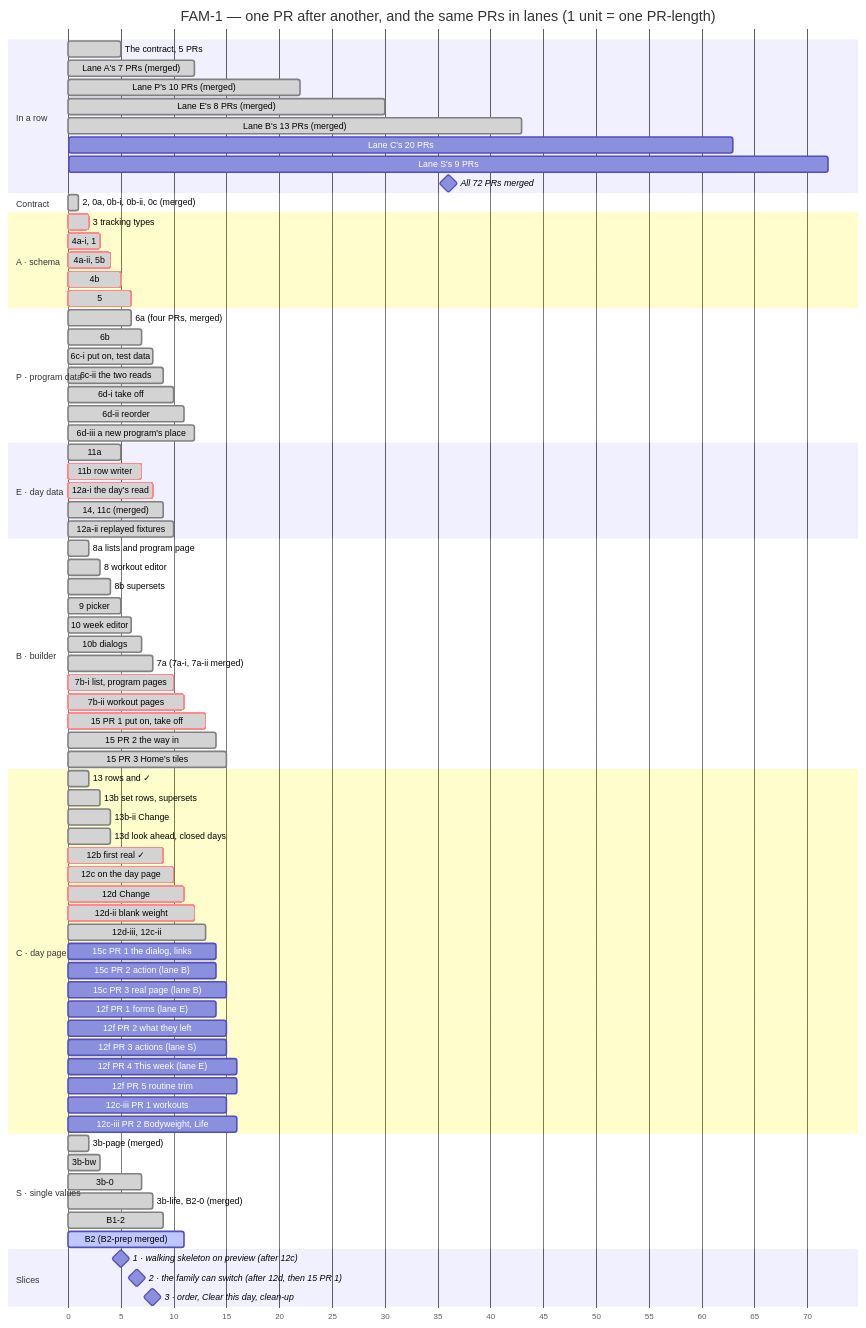
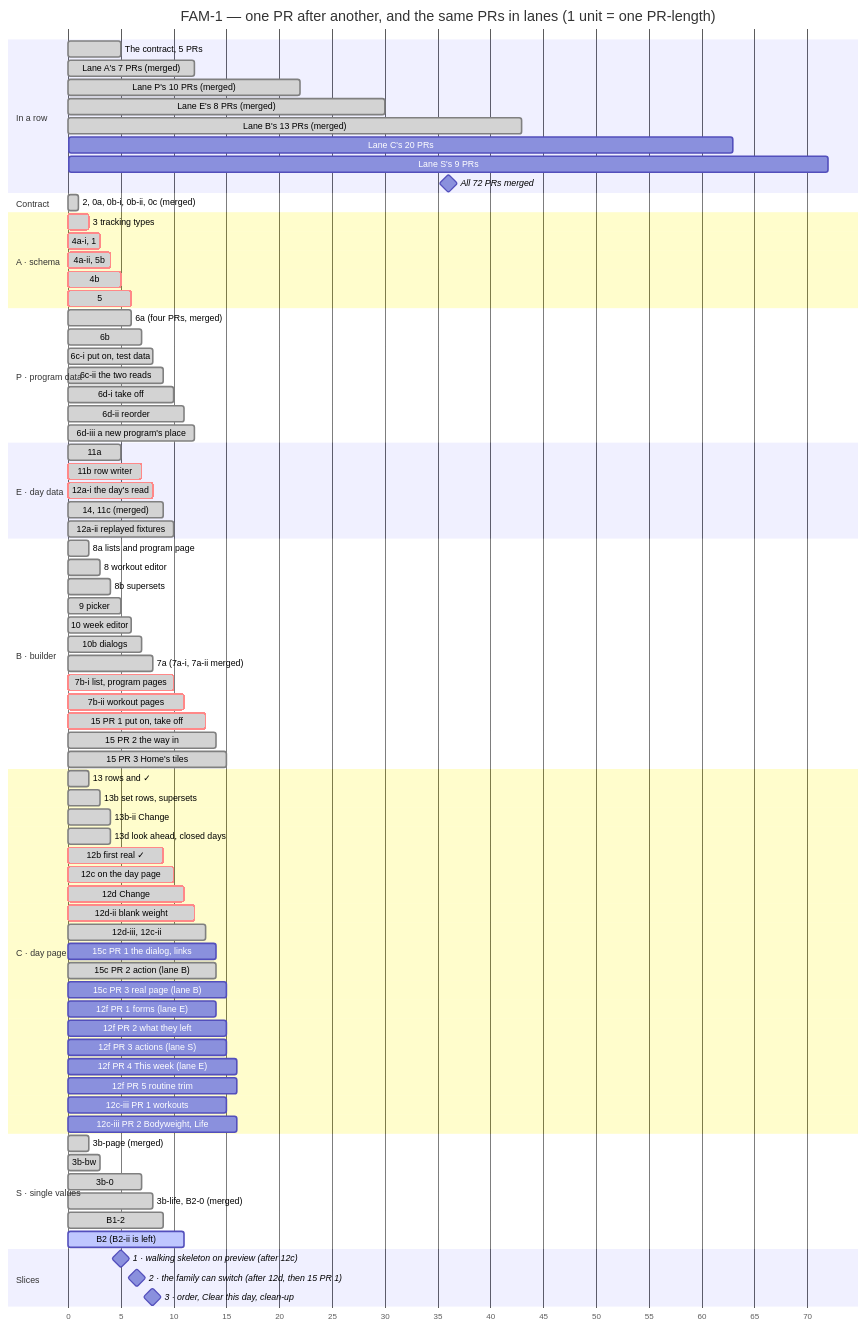
The second of 2 diagrams in docs/milestones/fam-1-family-program.md (ralamode/mat-plan), drawn with Mermaid before and after one commit. The commit also changed other lines of this file and 1 other file, not shown here.

Commit message:
docs(fam-1): the clear-a-day action and the program-order action are merged; the milestone counts 62 of 72

```diff
--- a/docs/milestones/fam-1-family-program.md
+++ b/docs/milestones/fam-1-family-program.md
@@ -325,7 +325,7 @@
   12d-ii blank weight          :crit, done, c6b, 11, 12
   12d-iii, 12c-ii              :done, c6c, 12, 13
   15c PR 1 the dialog, links   :c7a, 13, 14
-  15c PR 2 action (lane B)     :c7b, 13, 14
+  15c PR 2 action (lane B)     :done, c7b, 13, 14
   15c PR 3 real page (lane B)  :c7c, 14, 15
   12f PR 1 forms (lane E)      :c9a, 13, 14
   12f PR 2 what they left      :c9b, 14, 15
@@ -341,7 +341,7 @@
   3b-0                         :done, s3, 6, 7
   3b-life, B2-0 (merged)       :done, s4, 7, 8
   B1-2                         :done, s5, 8, 9
-  B2 (B2-prep merged)          :active, s6, 10, 11
+  B2 (B2-ii is left)           :active, s6, 10, 11
 
   section Slices
   1 · walking skeleton on preview (after 12c) :milestone, m1, 10, 10
```
